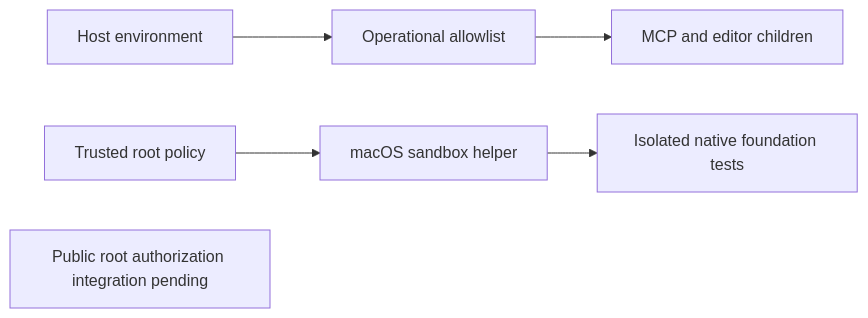
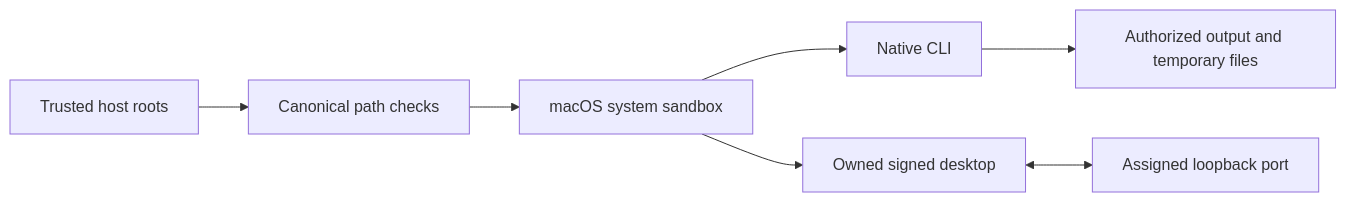
The diagram in docs/FilmCraft-Execution-Permissions.md (full-aigc-skills/filmcraft-skills), drawn with Mermaid before and after one commit. The commit also changed other lines of this file and 157 other files, not shown here.

````diff
--- a/docs/FilmCraft-Execution-Permissions.md
+++ b/docs/FilmCraft-Execution-Permissions.md
@@ -9,8 +7,9 @@
 ```mermaid
 flowchart LR
-  Host[Host environment] --> Filter[Operational allowlist]
-  Filter --> Child[MCP and editor children]
-  Trusted[Trusted root policy] --> Helper[macOS sandbox helper]
-  Helper --> Probe[Isolated native foundation tests]
-  Pending[Public root authorization integration pending]
+  Host[Trusted host roots] --> Guard[Canonical path checks]
+  Guard --> Sandbox[macOS system sandbox]
+  Sandbox --> CLI[Native CLI]
+  Sandbox --> Desktop[Owned signed desktop]
+  Desktop <--> Bridge[Assigned loopback port]
+  CLI --> Output[Authorized output and temporary files]
 ```
````
